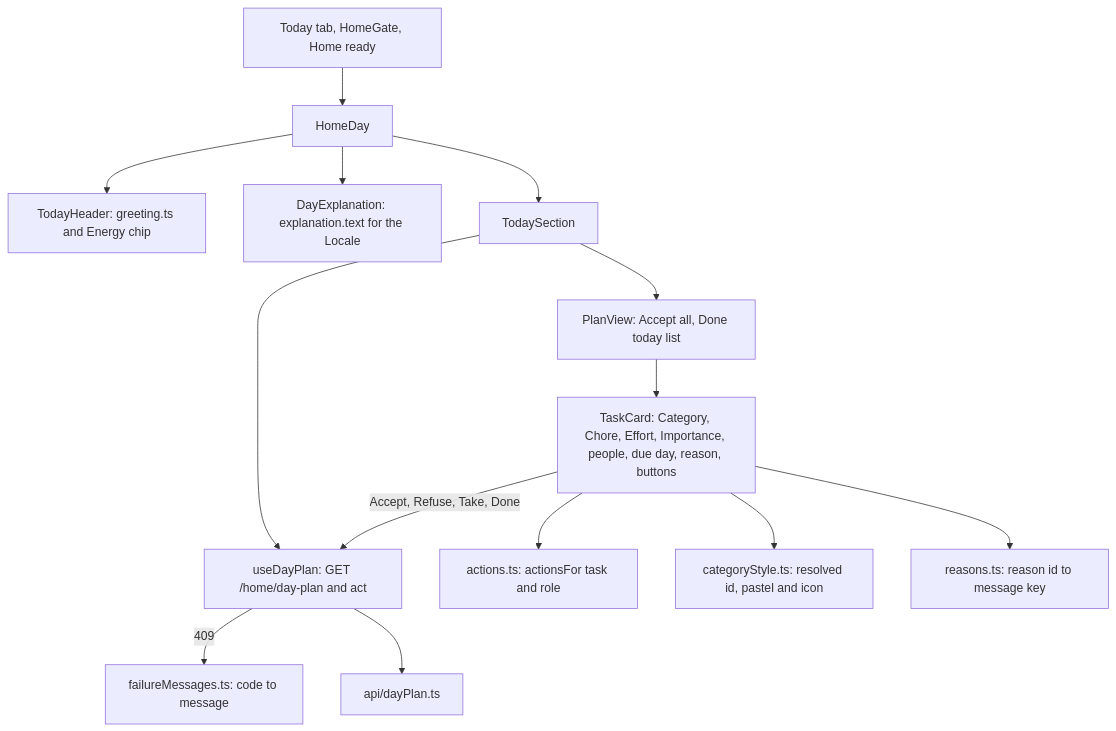
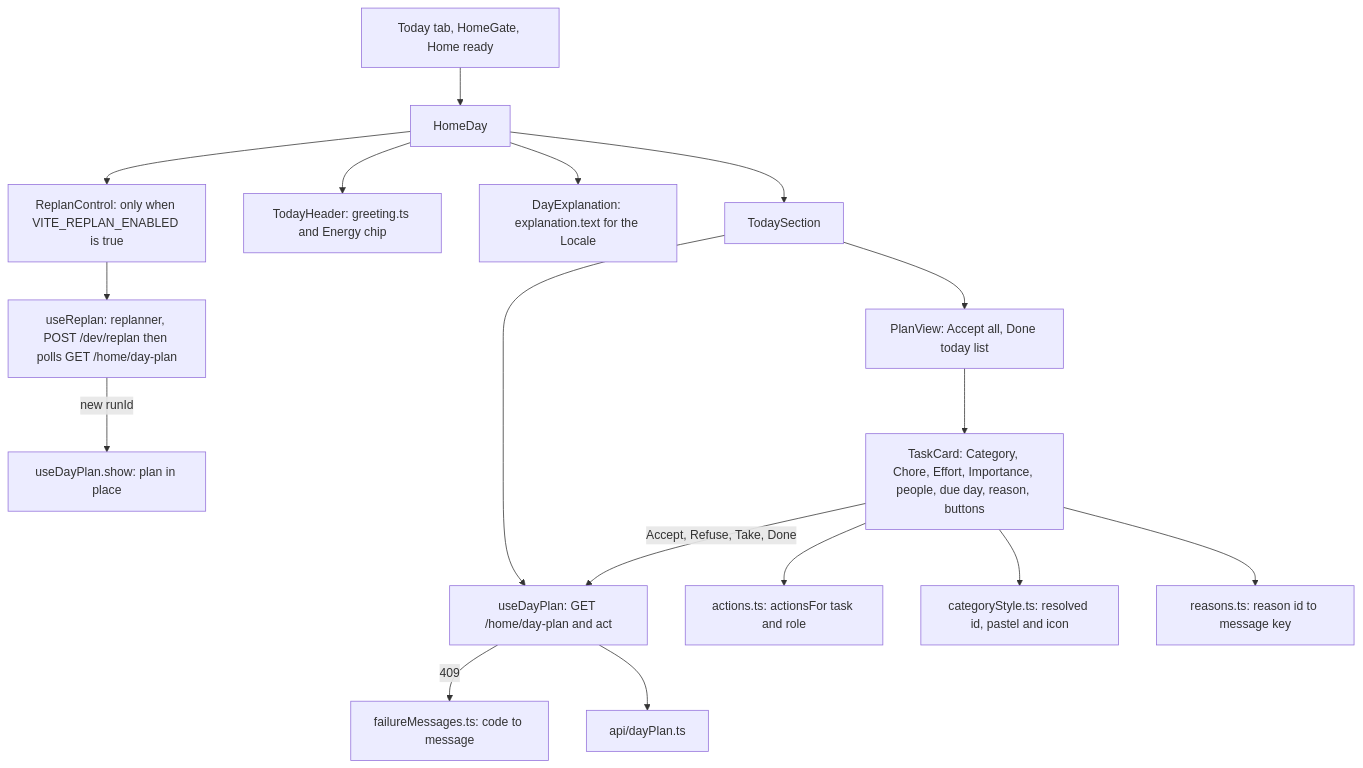
Before and after one commit to AbnerWillclefy/Homeowner: the eighth of 10 diagrams in docs/architecture/web.md, drawn with Mermaid. The commit also changed other lines of this file and 2 other files, not shown here.

Commit message:
docs(web): describe the Replan now button and its build variable

````diff
--- a/docs/architecture/web.md
+++ b/docs/architecture/web.md
@@ -350,16 +352,19 @@
 ```mermaid
 flowchart TD
     HS[Today tab, HomeGate, Home ready] --> HD[HomeDay]
+    HD --> RC[ReplanControl: only when VITE_REPLAN_ENABLED is true]
+    RC --> UR[useReplan: replanner, POST /dev/replan then polls GET /home/day-plan]
+    UR -->|new runId| SHOW[useDayPlan.show: plan in place]
     HD --> TH[TodayHeader: greeting.ts and Energy chip]
     HD --> DE[DayExplanation: explanation.text for the Locale]
     HD --> TS[TodaySection]
     TS --> UD[useDayPlan: GET /home/day-plan and act]
     TS --> PV[PlanView: Accept all, Done today list]
     PV --> TC[TaskCard: Category, Chore, Effort, Importance, people, due day, reason, buttons]
     TC --> AC[actions.ts: actionsFor task and role]
     TC -->|Accept, Refuse, Take, Done| UD
     UD -->|409| FM[failureMessages.ts: code to message]
     TC --> CS[categoryStyle.ts: resolved id, pastel and icon]
     TC --> R[reasons.ts: reason id to message key]
     UD --> API[api/dayPlan.ts]
 ```
````
